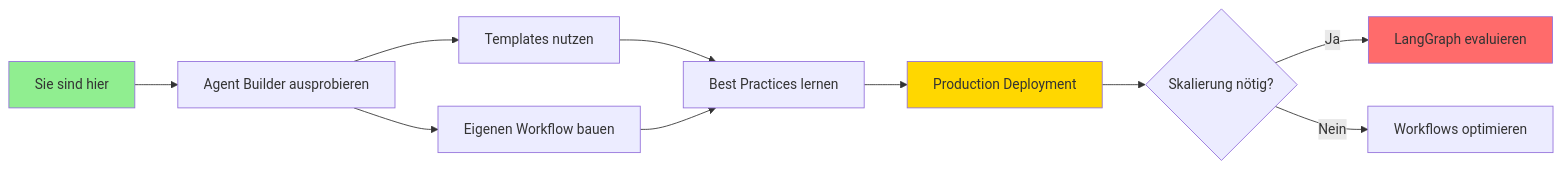
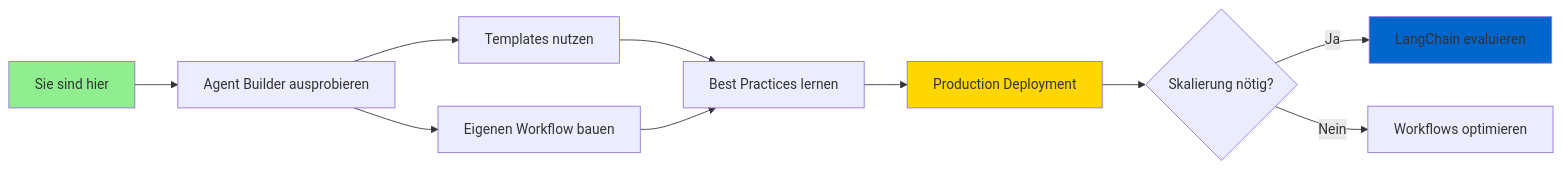
Before and after one commit to ralf-42/GenAI: diagram 23 of 23 in docs/frameworks/Einsteiger_Agent_Builder.md, drawn with Mermaid. The commit also changed other lines of this file and 26 other files, not shown here.

````diff
--- a/docs/frameworks/Einsteiger_Agent_Builder.md
+++ b/docs/frameworks/Einsteiger_Agent_Builder.md
@@ -1071,20 +982,20 @@
 ```mermaid
 graph LR
     YOU[Sie sind hier] --> TRY[Agent Builder ausprobieren]
 
     TRY --> TEMP[Templates nutzen]
     TRY --> BUILD[Eigenen Workflow bauen]
 
     TEMP --> LEARN[Best Practices lernen]
     BUILD --> LEARN
 
     LEARN --> PROD[Production Deployment]
 
     PROD --> SCALE{Skalierung nötig?}
-    SCALE -->|Ja| MIGRATE[LangGraph evaluieren]
+    SCALE -->|Ja| MIGRATE[LangChain evaluieren]
     SCALE -->|Nein| OPT[Workflows optimieren]
 
     style YOU fill:#90EE90
     style PROD fill:#FFD700
-    style MIGRATE fill:#ff6b6b
+    style MIGRATE fill:#0066cc
 ```
````
